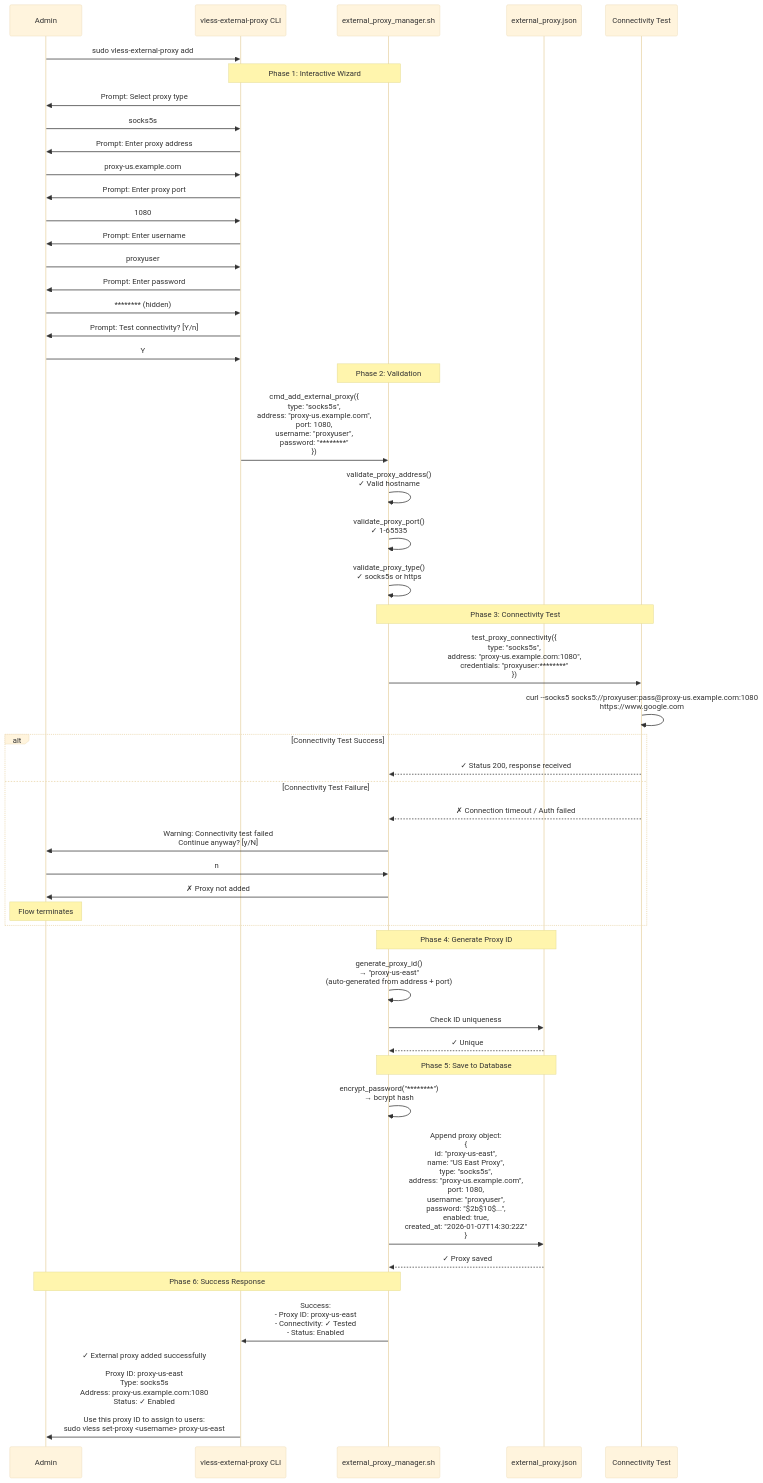
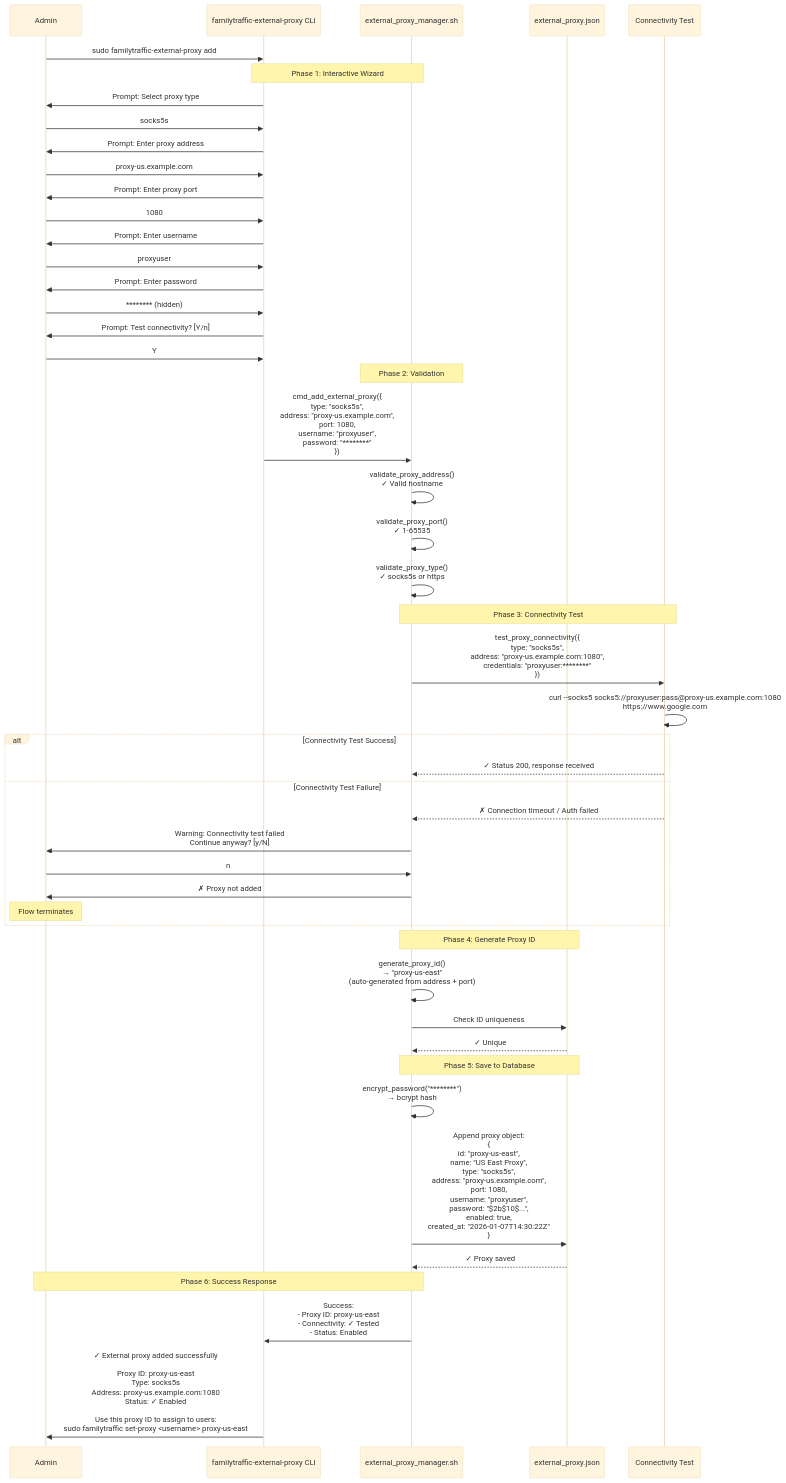
Before and after one commit to ikeniborn/vless: the first of 9 diagrams in docs/architecture/diagrams/sequences/proxy-assignment.md, drawn with Mermaid (base theme). The commit also changed other lines of this file and 66 other files, not shown here.

First line of the commit message:
refactor(rename): replace old project name 'vless' with 'familytraffic'

````diff
--- a/docs/architecture/diagrams/sequences/proxy-assignment.md
+++ b/docs/architecture/diagrams/sequences/proxy-assignment.md
@@ -20,69 +20,69 @@
 ```mermaid
 sequenceDiagram
     participant Admin
-    participant CLI as vless-external-proxy CLI
+    participant CLI as familytraffic-external-proxy CLI
     participant ProxyMgr as external_proxy_manager.sh
     participant ProxyDB as external_proxy.json
     participant TestProxy as Connectivity Test
 
-    Admin->>CLI: sudo vless-external-proxy add
+    Admin->>CLI: sudo familytraffic-external-proxy add
 
     Note over CLI,ProxyMgr: Phase 1: Interactive Wizard
 
     CLI->>Admin: Prompt: Select proxy type
     Admin->>CLI: socks5s
     CLI->>Admin: Prompt: Enter proxy address
     Admin->>CLI: proxy-us.example.com
     CLI->>Admin: Prompt: Enter proxy port
     Admin->>CLI: 1080
     CLI->>Admin: Prompt: Enter username
     Admin->>CLI: proxyuser
     CLI->>Admin: Prompt: Enter password
     Admin->>CLI: ******** (hidden)
     CLI->>Admin: Prompt: Test connectivity? [Y/n]
     Admin->>CLI: Y
 
     Note over ProxyMgr: Phase 2: Validation
 
     CLI->>ProxyMgr: cmd_add_external_proxy({<br/> type: "socks5s",<br/> address: "proxy-us.example.com",<br/> port: 1080,<br/> username: "proxyuser",<br/> password: "********"<br/>})
 
     ProxyMgr->>ProxyMgr: validate_proxy_address()<br/>✓ Valid hostname
     ProxyMgr->>ProxyMgr: validate_proxy_port()<br/>✓ 1-65535
     ProxyMgr->>ProxyMgr: validate_proxy_type()<br/>✓ socks5s or https
 
     Note over ProxyMgr,TestProxy: Phase 3: Connectivity Test
 
     ProxyMgr->>TestProxy: test_proxy_connectivity({<br/> type: "socks5s",<br/> address: "proxy-us.example.com:1080",<br/> credentials: "proxyuser:********"<br/>})
 
     TestProxy->>TestProxy: curl --socks5 socks5://proxyuser:pass@proxy-us.example.com:1080<br/>https://www.google.com
 
     alt Connectivity Test Success
         TestProxy-->>ProxyMgr: ✓ Status 200, response received
     else Connectivity Test Failure
         TestProxy-->>ProxyMgr: ✗ Connection timeout / Auth failed
         ProxyMgr->>Admin: Warning: Connectivity test failed<br/>Continue anyway? [y/N]
         Admin->>ProxyMgr: n
         ProxyMgr->>Admin: ✗ Proxy not added
         Note over Admin: Flow terminates
     end
 
     Note over ProxyMgr,ProxyDB: Phase 4: Generate Proxy ID
 
     ProxyMgr->>ProxyMgr: generate_proxy_id()<br/>→ "proxy-us-east"<br/>(auto-generated from address + port)
 
     ProxyMgr->>ProxyDB: Check ID uniqueness
     ProxyDB-->>ProxyMgr: ✓ Unique
 
     Note over ProxyMgr,ProxyDB: Phase 5: Save to Database
 
     ProxyMgr->>ProxyMgr: encrypt_password("********")<br/>→ bcrypt hash
 
     ProxyMgr->>ProxyDB: Append proxy object:<br/>{<br/> id: "proxy-us-east",<br/> name: "US East Proxy",<br/> type: "socks5s",<br/> address: "proxy-us.example.com",<br/> port: 1080,<br/> username: "proxyuser",<br/> password: "$2b$10$...",<br/> enabled: true,<br/> created_at: "2026-01-07T14:30:22Z"<br/>}
 
     ProxyDB-->>ProxyMgr: ✓ Proxy saved
 
     Note over ProxyMgr,Admin: Phase 6: Success Response
 
     ProxyMgr->>CLI: Success:<br/>- Proxy ID: proxy-us-east<br/>- Connectivity: ✓ Tested<br/>- Status: Enabled
-    CLI->>Admin: ✓ External proxy added successfully<br/><br/>Proxy ID: proxy-us-east<br/>Type: socks5s<br/>Address: proxy-us.example.com:1080<br/>Status: ✓ Enabled<br/><br/>Use this proxy ID to assign to users:<br/> sudo vless set-proxy <username> proxy-us-east
+    CLI->>Admin: ✓ External proxy added successfully<br/><br/>Proxy ID: proxy-us-east<br/>Type: socks5s<br/>Address: proxy-us.example.com:1080<br/>Status: ✓ Enabled<br/><br/>Use this proxy ID to assign to users:<br/> sudo familytraffic set-proxy <username> proxy-us-east
 ```
````
